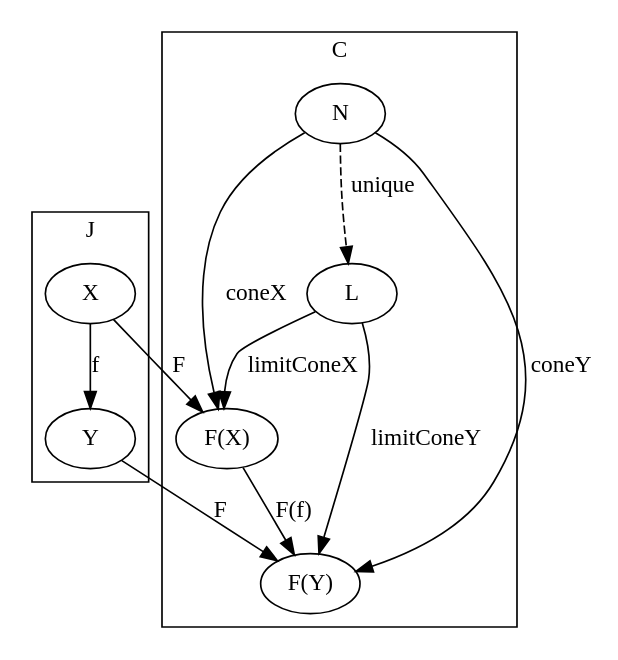
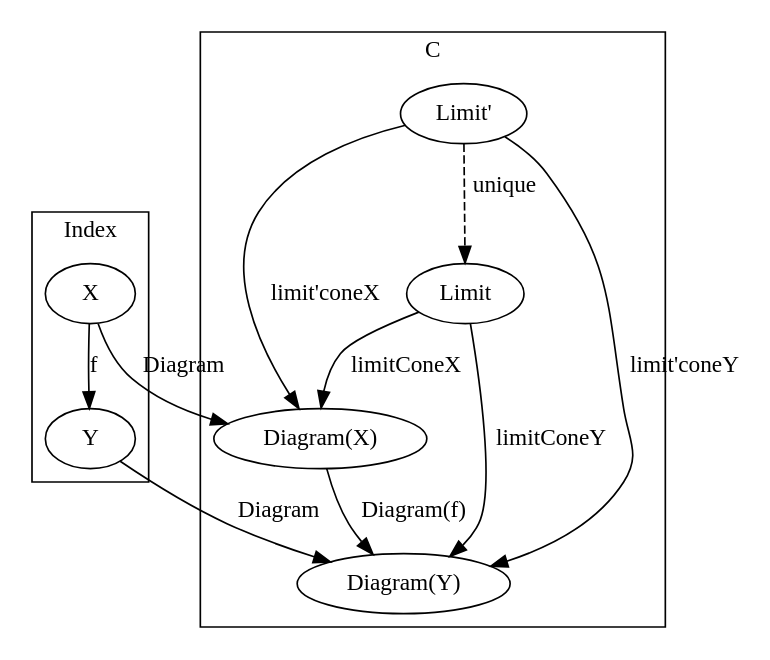
The second of 4 diagrams in limit.md (frankymacster/category-theory-graphviz), drawn with Graphviz before and after one commit. The commit also changed other lines of this file, not shown here.

Commit message:
limit: rename

````diff
--- a/limit.md
+++ b/limit.md
@@ -18,33 +18,33 @@
 ```graphviz
 digraph G {
   subgraph clusterJ {
-    label="J"
+    label="Index"
 
     "X"
     "Y"
   }
 
   subgraph clusterC {
     label="C"
 
-    "N"
-    "L"
-    "F(X)"
-    "F(Y)"
+    "Limit'"
+    "Limit"
+    "Diagram(X)"
+    "Diagram(Y)"
   }
 
   "X" -> "Y" [label="f"]
 
-  "X" -> "F(X)" [label="F"]
-  "Y" -> "F(Y)" [label="F"]
-  "F(X)" -> "F(Y)" [label="F(f)"]
+  "X" -> "Diagram(X)" [label="Diagram"]
+  "Y" -> "Diagram(Y)" [label="Diagram"]
+  "Diagram(X)" -> "Diagram(Y)" [label="Diagram(f)"]
 
-  "N" -> "F(X)" [label="coneX"]
-  "N" -> "F(Y)" [label="coneY"]
+  "Limit'" -> "Diagram(X)" [label="limit'coneX"]
+  "Limit'" -> "Diagram(Y)" [label="limit'coneY"]
 
-  "L" -> "F(X)" [label="limitConeX"]
-  "L" -> "F(Y)" [label="limitConeY"]
+  "Limit" -> "Diagram(X)" [label="limitConeX"]
+  "Limit" -> "Diagram(Y)" [label="limitConeY"]
 
-  "N" -> "L" [label="unique", style="dashed"]
+  "Limit'" -> "Limit" [label="unique", style="dashed"]
 }
 ```
````
